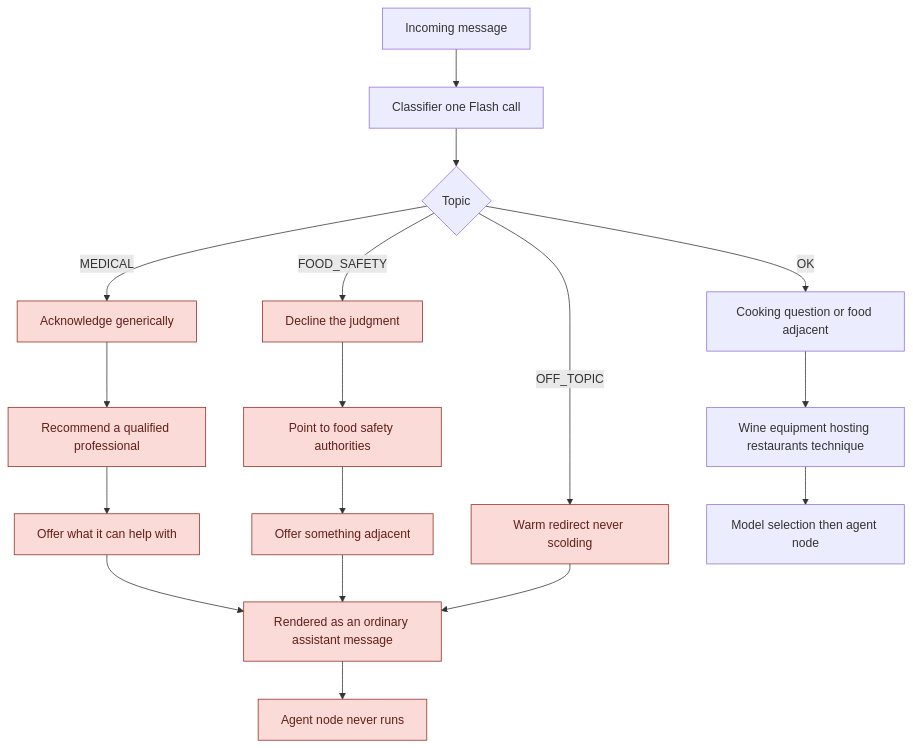
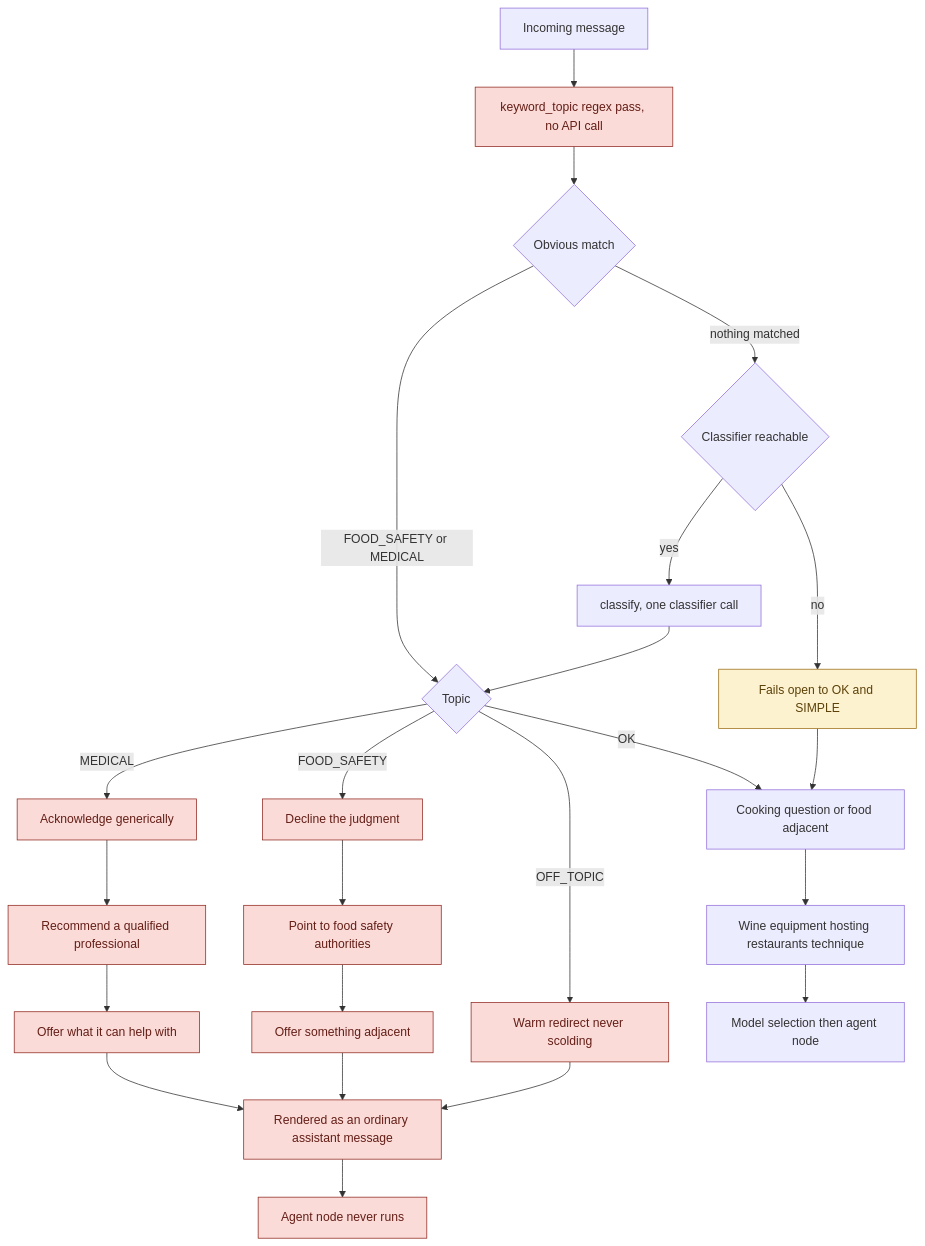
One commit to MuradAles/PantryPal changed the third of 6 diagrams in docs/ARCHITECTURE.md. Above: the diagram before and after it, drawn with Mermaid. The commit also changed other lines of this file and 11 other files, not shown here.

````diff
--- a/docs/ARCHITECTURE.md
+++ b/docs/ARCHITECTURE.md
@@ -77,27 +86,35 @@
 ```mermaid
 flowchart TD
-    IN[Incoming message] --> CL[Classifier one Flash call]
-    CL --> Q{Topic}
+    IN[Incoming message] --> KW[keyword_topic regex pass, no API call]
+    KW --> KQ{Obvious match}
+    KQ -->|FOOD_SAFETY or MEDICAL| Q{Topic}
+    KQ -->|nothing matched| CE{Classifier reachable}
+    CE -->|yes| CL[classify, one classifier call]
+    CE -->|no| FO[Fails open to OK and SIMPLE]
+    CL --> Q
+    FO --> K1
 
     Q -->|MEDICAL| M1[Acknowledge generically]
     M1 --> M2[Recommend a qualified professional]
     M2 --> M3[Offer what it can help with]
 
     Q -->|FOOD_SAFETY| S1[Decline the judgment]
     S1 --> S2[Point to food safety authorities]
     S2 --> S3[Offer something adjacent]
 
     Q -->|OFF_TOPIC| O1[Warm redirect never scolding]
 
     Q -->|OK| K1[Cooking question or food adjacent]
     K1 --> K2[Wine equipment hosting restaurants technique]
     K2 --> GO[Model selection then agent node]
 
     M3 --> MSG[Rendered as an ordinary assistant message]
     S3 --> MSG
     O1 --> MSG
     MSG --> STOP[Agent node never runs]
 
     classDef blocked fill:#fadbd8,stroke:#922b21,color:#641e16
-    class M1,M2,M3,S1,S2,S3,O1,MSG,STOP blocked
+    class KW,M1,M2,M3,S1,S2,S3,O1,MSG,STOP blocked
+    classDef degraded fill:#fdf2d0,stroke:#9c6f19,color:#5c4108
+    class FO degraded
 ```
````
